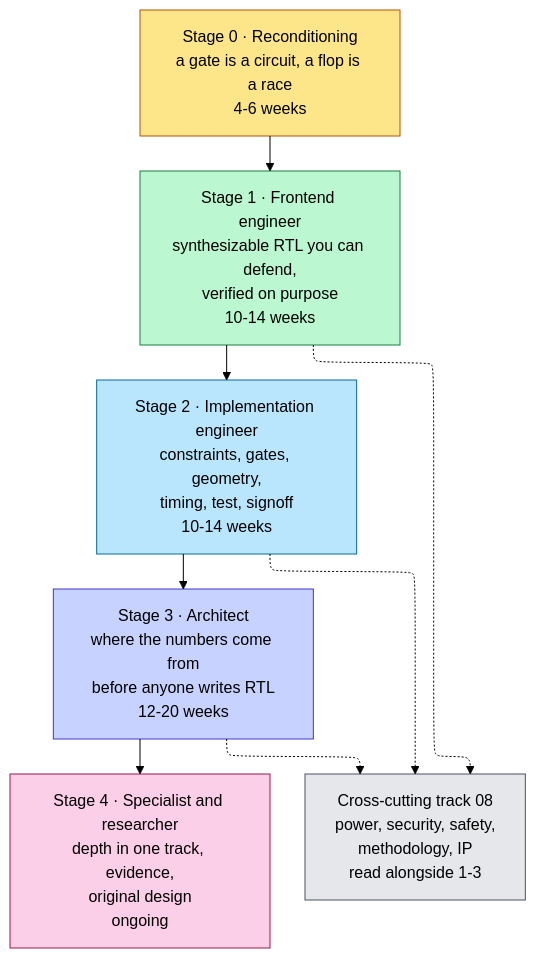
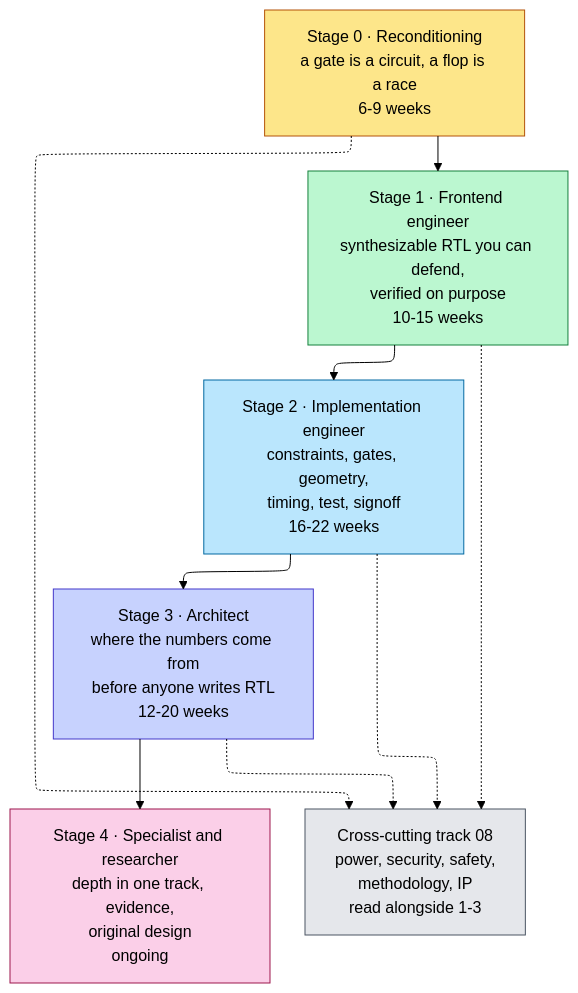
The diagram in Start_Here_Learning_Path.md (Wty2003328/silicon-design-notebook), drawn with Mermaid (forest theme) before and after one commit. The commit also changed other lines of this file and 156 other files, not shown here.

````diff
--- a/Start_Here_Learning_Path.md
+++ b/Start_Here_Learning_Path.md
@@ -40,20 +40,21 @@
 ```mermaid
 %%{init: {"flowchart": {"defaultRenderer": "elk", "nodeSpacing": 55, "rankSpacing": 60, "htmlLabels": false}}}%%
 flowchart TD
-    S0["Stage 0 · Reconditioning<br/>a gate is a circuit, a flop is a race<br/>4-6 weeks"]:::a
-    S1["Stage 1 · Frontend engineer<br/>synthesizable RTL you can defend,<br/>verified on purpose<br/>10-14 weeks"]:::b
-    S2["Stage 2 · Implementation engineer<br/>constraints, gates, geometry,<br/>timing, test, signoff<br/>10-14 weeks"]:::c
+    S0["Stage 0 · Reconditioning<br/>a gate is a circuit, a flop is a race<br/>6-9 weeks"]:::a
+    S1["Stage 1 · Frontend engineer<br/>synthesizable RTL you can defend,<br/>verified on purpose<br/>10-15 weeks"]:::b
+    S2["Stage 2 · Implementation engineer<br/>constraints, gates, geometry,<br/>timing, test, signoff<br/>16-22 weeks"]:::c
     S3["Stage 3 · Architect<br/>where the numbers come from<br/>before anyone writes RTL<br/>12-20 weeks"]:::d
     S4["Stage 4 · Specialist and researcher<br/>depth in one track, evidence,<br/>original design<br/>ongoing"]:::e
     X["Cross-cutting track 08<br/>power, security, safety,<br/>methodology, IP<br/>read alongside 1-3"]:::f
     S0 --> S1 --> S2 --> S3 --> S4
+    S0 -.-> X
     S1 -.-> X
     S2 -.-> X
     S3 -.-> X
     classDef a fill:#fde68a,stroke:#b45309,color:#000
     classDef b fill:#bbf7d0,stroke:#15803d,color:#000
     classDef c fill:#bae6fd,stroke:#0369a1,color:#000
     classDef d fill:#c7d2fe,stroke:#4338ca,color:#000
     classDef e fill:#fbcfe8,stroke:#9d174d,color:#000
     classDef f fill:#e5e7eb,stroke:#4b5563,color:#000
 ```
````
